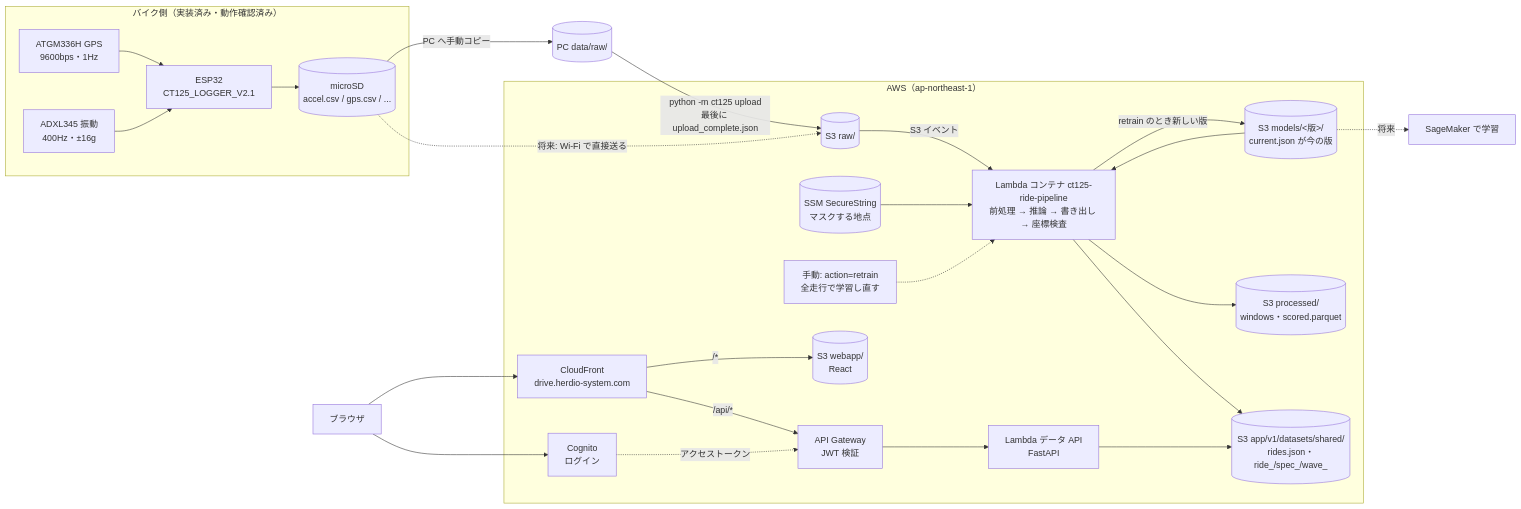
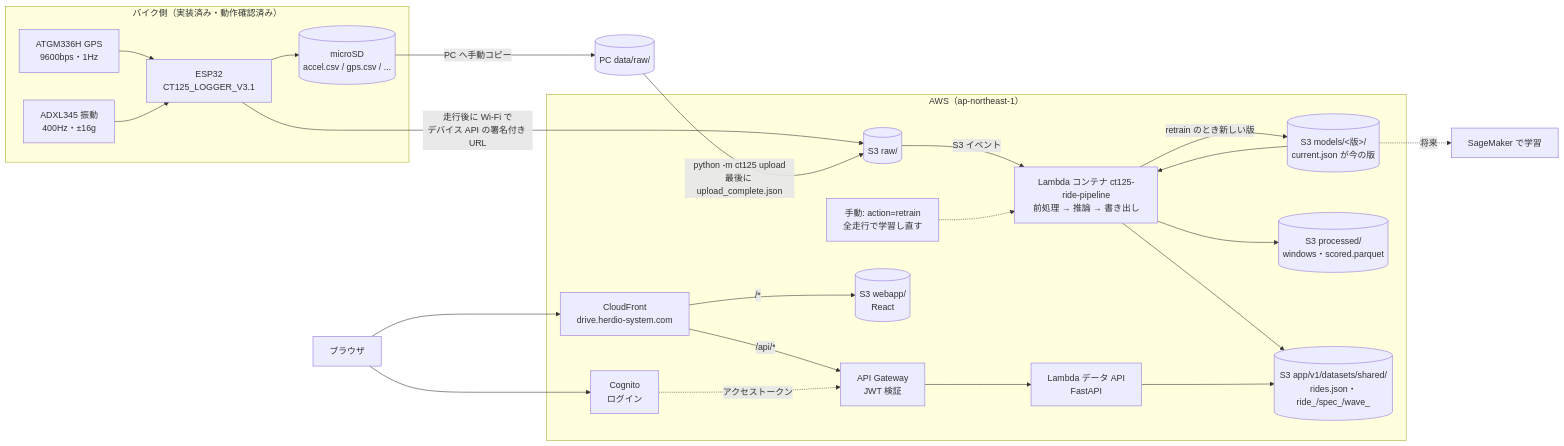
One commit to abeouga/drive-logger changed the diagram in docs/architecture.md. Above: the diagram before and after it, drawn with Mermaid. The commit also changed other lines of this file and 55 other files, not shown here.

````diff
--- a/docs/architecture.md
+++ b/docs/architecture.md
@@ -9,30 +9,29 @@
 ```mermaid
 flowchart LR
     subgraph bike[バイク側（実装済み・動作確認済み）]
-        GPS[ATGM336H GPS<br/>9600bps・1Hz] --> ESP[ESP32<br/>CT125_LOGGER_V2.1]
+        GPS[ATGM336H GPS<br/>9600bps・1Hz] --> ESP[ESP32<br/>CT125_LOGGER_V3.1]
         ACC[ADXL345 振動<br/>400Hz・±16g] --> ESP
         ESP --> SD[(microSD<br/>accel.csv / gps.csv / ...)]
     end
 
+    ESP -->|走行後に Wi-Fi で<br/>デバイス API の署名付き URL| RAW[(S3 raw/)]
     SD -->|PC へ手動コピー| RAWL[(PC data/raw/)]
-    RAWL -->|python -m ct125 upload<br/>最後に upload_complete.json| RAW[(S3 raw/)]
-    SD -.->|将来: Wi-Fi で直接送る| RAW
+    RAWL -->|python -m ct125 upload<br/>最後に upload_complete.json| RAW
 
     subgraph cloud[AWS（ap-northeast-1）]
-        RAW -->|S3 イベント| PIPE[Lambda コンテナ ct125-ride-pipeline<br/>前処理 → 推論 → 書き出し → 座標検査]
+        RAW -->|S3 イベント| PIPE[Lambda コンテナ ct125-ride-pipeline<br/>前処理 → 推論 → 書き出し]
         MODELS[(S3 models/<版>/<br/>current.json が今の版)] --> PIPE
-        SSM[(SSM SecureString<br/>マスクする地点)] --> PIPE
         PIPE --> PROC[(S3 processed/<br/>windows・scored.parquet)]
         PIPE --> APPDATA[(S3 app/v1/datasets/shared/<br/>rides.json・ride_/spec_/wave_)]
         RETRAIN[手動: action=retrain<br/>全走行で学習し直す] -.-> PIPE
         PIPE -->|retrain のとき新しい版| MODELS
 
         CF[CloudFront<br/>drive.herdio-system.com] -->|/*| WEBAPP[(S3 webapp/<br/>React)]
         CF -->|/api/*| APIGW[API Gateway<br/>JWT 検証] --> DATAAPI[Lambda データ API<br/>FastAPI] --> APPDATA
         COGNITO[Cognito<br/>ログイン] -.->|アクセストークン| APIGW
     end
 
     USER[ブラウザ] --> CF
     USER --> COGNITO
     MODELS -.->|将来| SM[SageMaker で学習]
 ```
````
